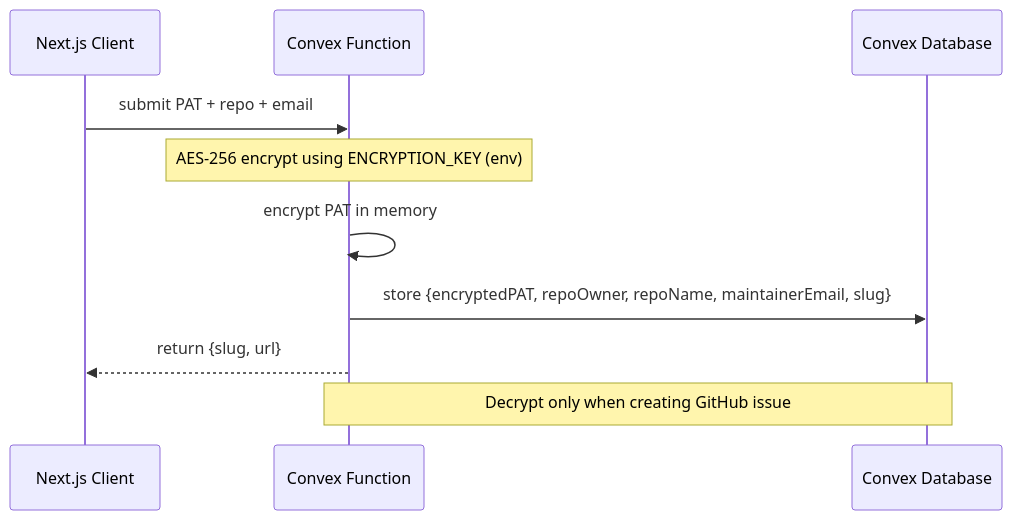
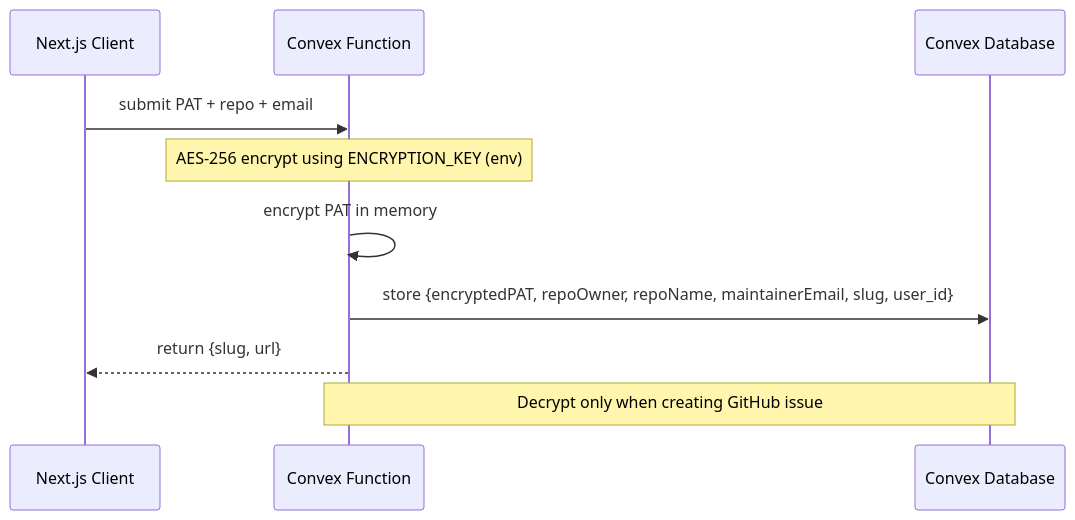
The second of 2 diagrams in docs/design.md (spenceriam/Koustos), drawn with Mermaid before and after one commit. The commit also changed other lines of this file and 32 other files, not shown here.

Commit message:
[koustos] integrate better auth auth flow

````diff
--- a/docs/design.md
+++ b/docs/design.md
@@ -125,14 +111,14 @@
 ```mermaid
 sequenceDiagram
     participant FE as Next.js Client
     participant CF as Convex Function
     participant DB as Convex Database
 
     FE->>CF: submit PAT + repo + email
     Note over CF: AES-256 encrypt using ENCRYPTION_KEY (env)
     CF->>CF: encrypt PAT in memory
-    CF->>DB: store {encryptedPAT, repoOwner, repoName, maintainerEmail, slug}
+    CF->>DB: store {encryptedPAT, repoOwner, repoName, maintainerEmail, slug, user_id}
     CF-->>FE: return {slug, url}
 
     Note over CF,DB: Decrypt only when creating GitHub issue
 ```
````
